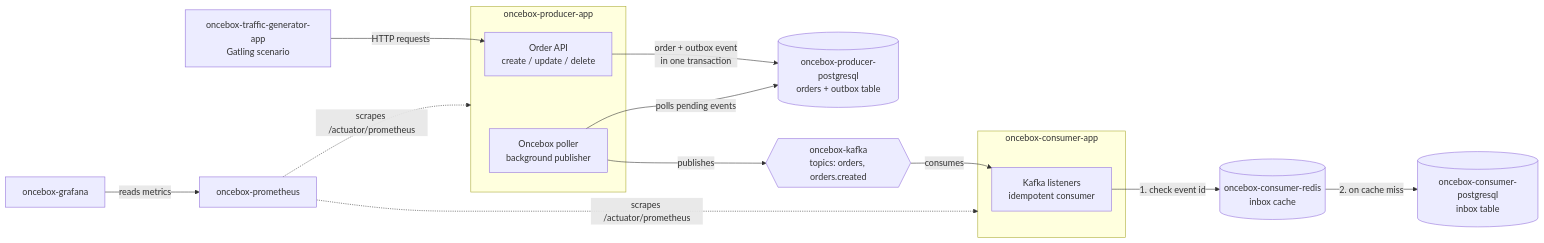
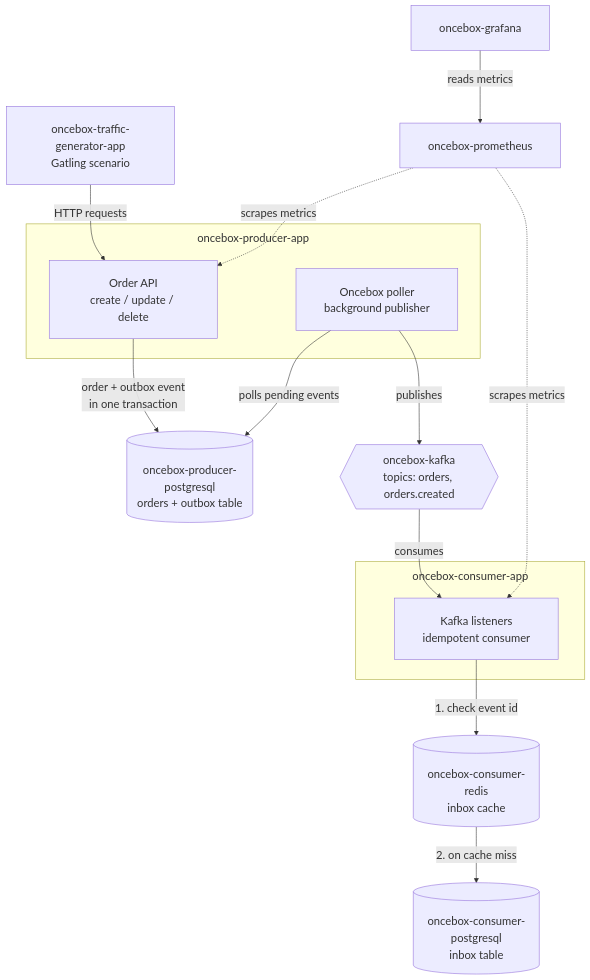
One commit to dmitriy-iliyov/oncebox changed the diagram in oncebox-example/README.md. Above: the diagram before and after it, drawn with Mermaid.

Commit message:
docs: improve architecture diagram readability

````diff
--- a/oncebox-example/README.md
+++ b/oncebox-example/README.md
@@ -25,33 +25,34 @@
 ```mermaid
-flowchart LR
+%%{init: {"themeVariables": {"fontSize": "20px"}, "flowchart": {"nodeSpacing": 60, "rankSpacing": 70, "padding": 25, "subGraphTitleMargin": {"top": 10, "bottom": 20}}}}%%
+flowchart TB
     TG["oncebox-traffic-generator-app<br/>Gatling scenario"]
 
     subgraph PROD["oncebox-producer-app"]
         API["Order API<br/>create / update / delete"]
         POLL["Oncebox poller<br/>background publisher"]
     end
 
     PDB[("oncebox-producer-postgresql<br/>orders + outbox table")]
     KAFKA{{"oncebox-kafka<br/>topics: orders, orders.created"}}
 
     subgraph CONS["oncebox-consumer-app"]
         LST["Kafka listeners<br/>idempotent consumer"]
     end
 
     REDIS[("oncebox-consumer-redis<br/>inbox cache")]
     CDB[("oncebox-consumer-postgresql<br/>inbox table")]
 
     PROM["oncebox-prometheus"]
     GRAF["oncebox-grafana"]
 
     TG -->|"HTTP requests"| API
     API -->|"order + outbox event<br/>in one transaction"| PDB
     POLL -->|"polls pending events"| PDB
     POLL -->|"publishes"| KAFKA
     KAFKA -->|"consumes"| LST
     LST -->|"1. check event id"| REDIS
     REDIS -->|"2. on cache miss"| CDB
-    PROM -.->|"scrapes /actuator/prometheus"| PROD
-    PROM -.->|"scrapes /actuator/prometheus"| CONS
+    PROM -.->|"scrapes metrics"| API
+    PROM -.->|"scrapes metrics"| LST
     GRAF -->|"reads metrics"| PROM
 ```
````
